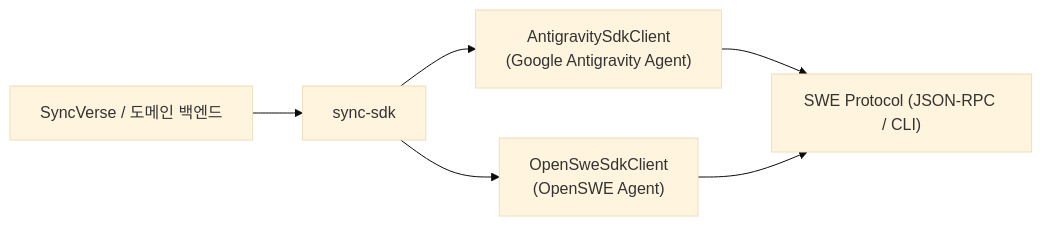
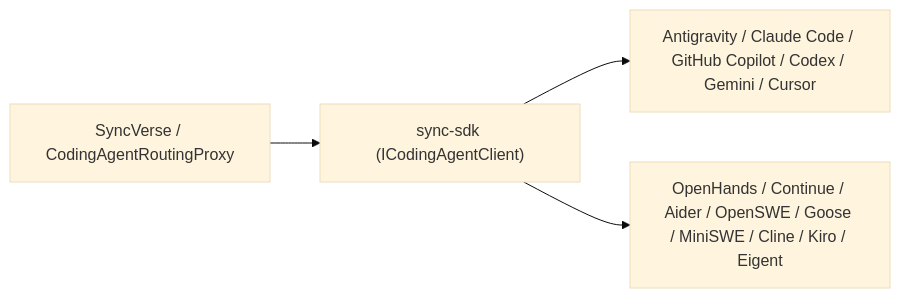
The second of 2 diagrams in ko/ecosystem/shared-modules-and-sdk.md (DramaticCollaboration/doc.github.io), drawn with Mermaid (base theme) before and after one commit. The commit also changed other lines of this file and 437 other files, not shown here.

````diff
--- a/ko/ecosystem/shared-modules-and-sdk.md
+++ b/ko/ecosystem/shared-modules-and-sdk.md
@@ -74,9 +75,6 @@
 ```mermaid
 graph LR
-    App["SyncVerse / 도메인 백엔드"] --> Sdk["sync-sdk"]
-    Sdk --> Antigravity["AntigravitySdkClient\n(Google Antigravity Agent)"]
-    Sdk --> OpenSwe["OpenSweSdkClient\n(OpenSWE Agent)"]
-    
-    Antigravity --> SWE["SWE Protocol (JSON-RPC / CLI)"]
-    OpenSwe --> SWE
+    App["SyncVerse / CodingAgentRoutingProxy"] --> Sdk["sync-sdk (ICodingAgentClient)"]
+    Sdk --> Enterprise["Antigravity / Claude Code / GitHub Copilot / Codex / Gemini / Cursor"]
+    Sdk --> OpenSource["OpenHands / Continue / Aider / OpenSWE / Goose / MiniSWE / Cline / Kiro / Eigent"]
 ```
````
